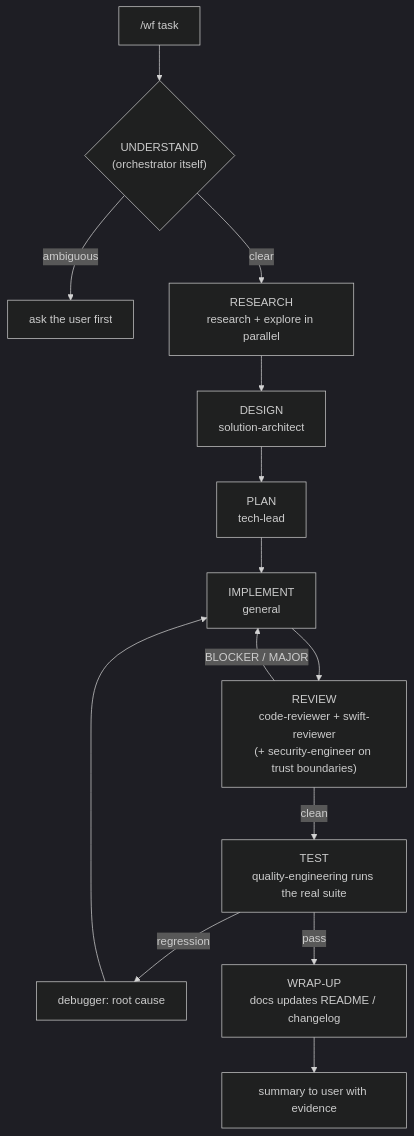
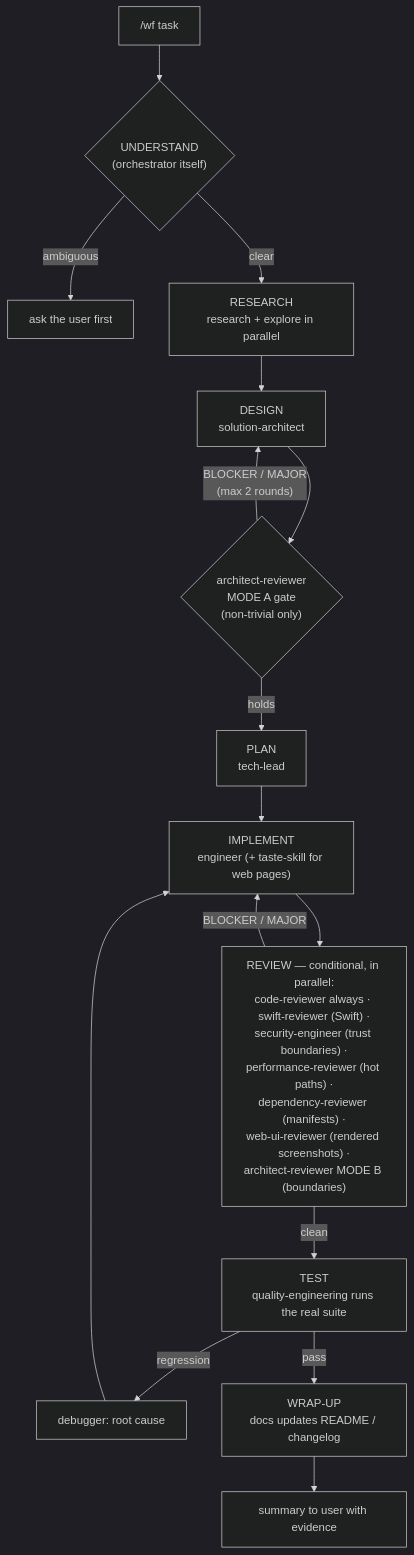
One commit to atomsbaza/my-superpowers changed the first of 2 diagrams in docs/opencode-workflow-setup.md. Above: the diagram before and after it, drawn with Mermaid (dark theme). The commit also changed other lines of this file and 45 other files, not shown here.

````diff
--- a/docs/opencode-workflow-setup.md
+++ b/docs/opencode-workflow-setup.md
@@ -36,16 +42,18 @@
 ```mermaid
 flowchart TD
     U["/wf task"] --> U1{"UNDERSTAND<br/>(orchestrator itself)"}
     U1 -->|"ambiguous"| Q["ask the user first"]
     U1 -->|"clear"| R["RESEARCH<br/>research + explore in parallel"]
     R --> D["DESIGN<br/>solution-architect"]
-    D --> P["PLAN<br/>tech-lead"]
-    P --> I["IMPLEMENT<br/>general"]
-    I --> RV["REVIEW<br/>code-reviewer + swift-reviewer<br/>(+ security-engineer on trust boundaries)"]
+    D --> G1{"architect-reviewer<br/>MODE A gate<br/>(non-trivial only)"}
+    G1 -->|"BLOCKER / MAJOR<br/>(max 2 rounds)"| D
+    G1 -->|"holds"| P["PLAN<br/>tech-lead"]
+    P --> I["IMPLEMENT<br/>engineer (+ taste-skill for web pages)"]
+    I --> RV["REVIEW — conditional, in parallel:<br/>code-reviewer always · swift-reviewer (Swift) ·<br/>security-engineer (trust boundaries) ·<br/>performance-reviewer (hot paths) ·<br/>dependency-reviewer (manifests) ·<br/>web-ui-reviewer (rendered screenshots) ·<br/>architect-reviewer MODE B (boundaries)"]
     RV -->|"BLOCKER / MAJOR"| I
     RV -->|"clean"| T["TEST<br/>quality-engineering runs the real suite"]
     T -->|"regression"| DBG["debugger: root cause"]
     DBG --> I
     T -->|"pass"| W["WRAP-UP<br/>docs updates README / changelog"]
     W --> S["summary to user with evidence"]
 ```
````
